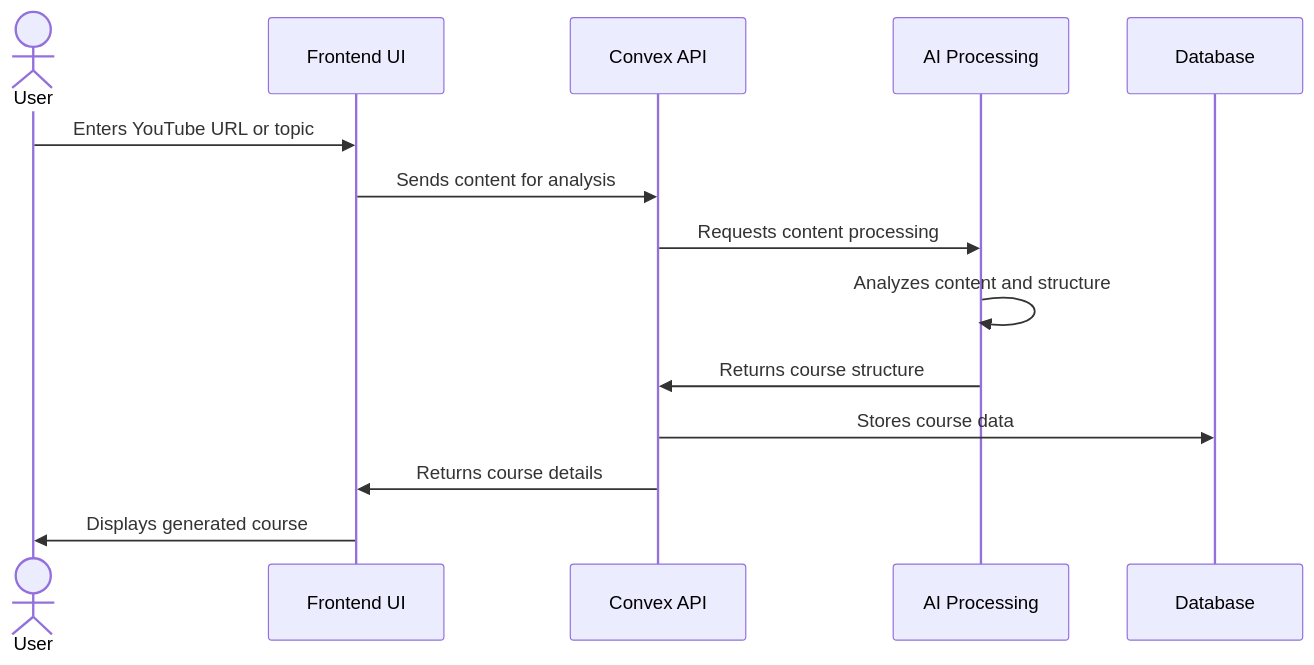
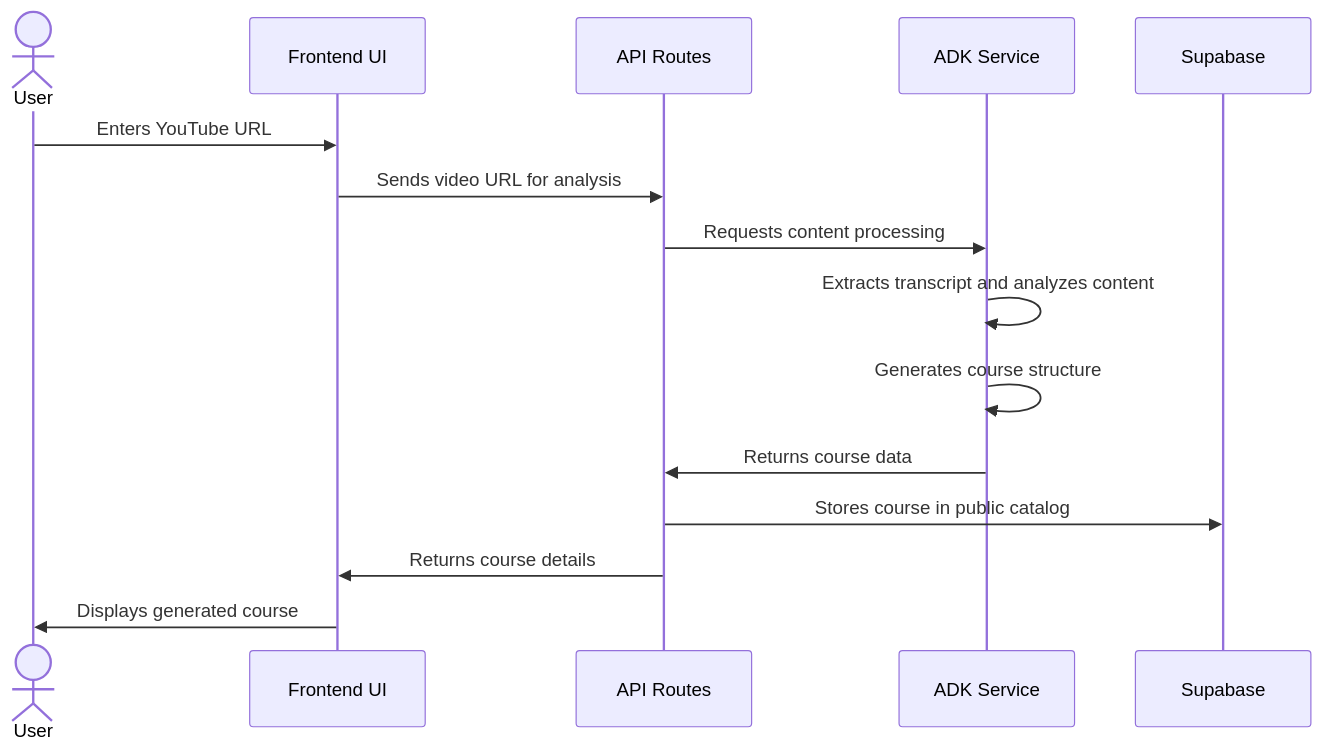
One commit to codeKobby/tenzzen-app changed the second of 6 diagrams in docs/DATABASE_ARCHITECTURE.md. Above: the diagram before and after it, drawn with Mermaid. The commit also changed other lines of this file and 55 other files, not shown here.

````diff
--- a/docs/DATABASE_ARCHITECTURE.md
+++ b/docs/DATABASE_ARCHITECTURE.md
@@ -357,17 +112,18 @@
 ```mermaid
 sequenceDiagram
     actor User
     participant UI as Frontend UI
-    participant API as Convex API
-    participant AI as AI Processing
-    participant DB as Database
+    participant API as API Routes
+    participant ADK as ADK Service
+    participant DB as Supabase
 
-    User->>UI: Enters YouTube URL or topic
-    UI->>API: Sends content for analysis
-    API->>AI: Requests content processing
-    AI->>AI: Analyzes content and structure
-    AI->>API: Returns course structure
-    API->>DB: Stores course data
+    User->>UI: Enters YouTube URL
+    UI->>API: Sends video URL for analysis
+    API->>ADK: Requests content processing
+    ADK->>ADK: Extracts transcript and analyzes content
+    ADK->>ADK: Generates course structure
+    ADK->>API: Returns course data
+    API->>DB: Stores course in public catalog
     API->>UI: Returns course details
     UI->>User: Displays generated course
 ```
````
